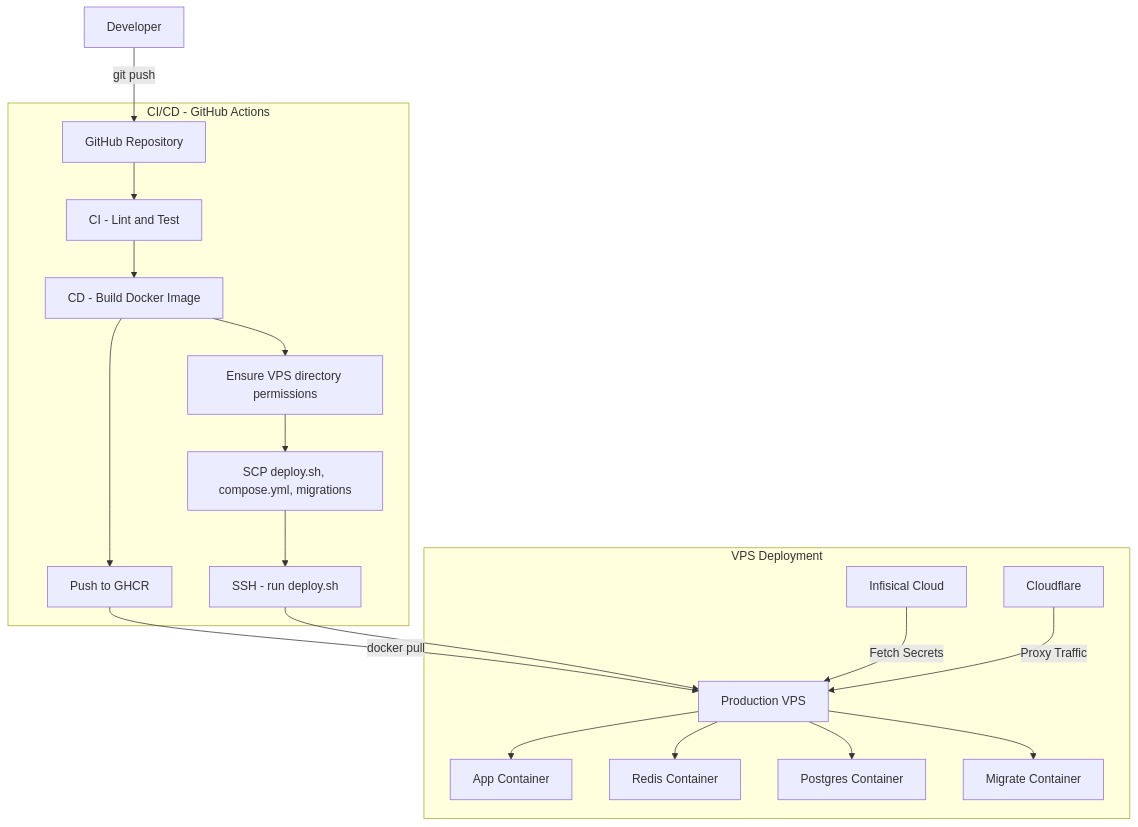
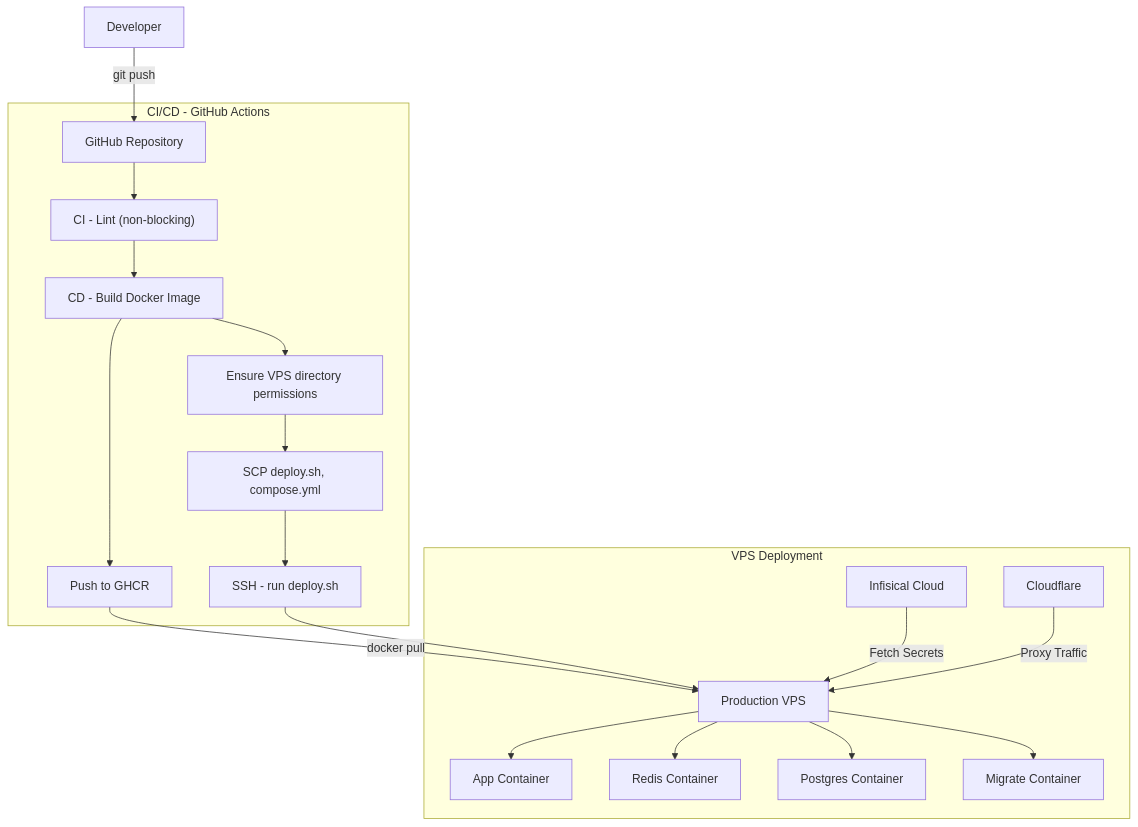
The diagram in README.md (gopal-chhetri/idea-dump), drawn with Mermaid before and after one commit. The commit also changed other lines of this file and 201 other files, not shown here.

````diff
--- a/README.md
+++ b/README.md
@@ -8,24 +8,24 @@
 ```mermaid
 graph TD
     Developer[Developer] -->|git push| GitHub[GitHub Repository]
 
     subgraph cicd ["CI/CD - GitHub Actions"]
-        GitHub --> CI["CI - Lint and Test"]
+        GitHub --> CI["CI - Lint (non-blocking)"]
         CI --> CD["CD - Build Docker Image"]
         CD --> GHCR[Push to GHCR]
-        CD --> PrepVPS["Ensure VPS directory permissions"]
-        PrepVPS --> SCP["SCP deploy.sh, compose.yml, migrations"]
+         CD --> PrepVPS["Ensure VPS directory permissions"]
+         PrepVPS --> SCP["SCP deploy.sh, compose.yml"]
         SCP --> DeploySSH["SSH - run deploy.sh"]
     end
 
     subgraph vps ["VPS Deployment"]
         GHCR -->|docker pull| VPS[Production VPS]
         DeploySSH --> VPS
         Infisical[Infisical Cloud] -->|Fetch Secrets| VPS
         VPS --> App[App Container]
         VPS --> Redis[Redis Container]
         VPS --> DB[Postgres Container]
         VPS --> Migrate[Migrate Container]
         Cloudflare[Cloudflare] -->|Proxy Traffic| VPS
     end
 ```
````
